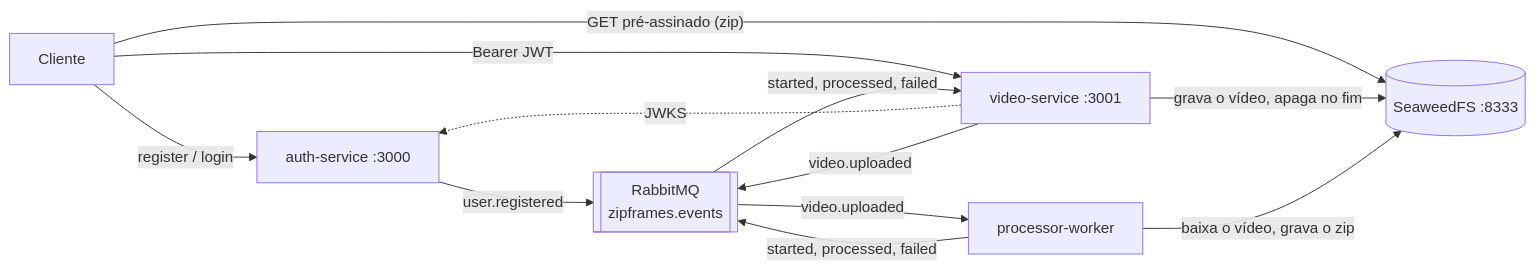
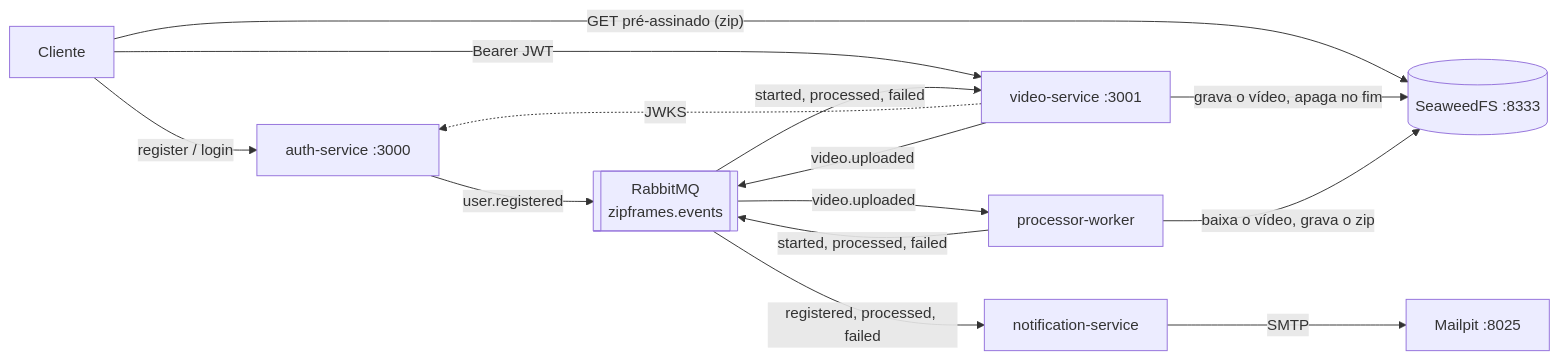
Before and after one commit to knzt/zipframes: the diagram in README.md, drawn with Mermaid. The commit also changed other lines of this file and 9 other files, not shown here.

Commit message:
docs: describe notification-service and outcome emails

````diff
--- a/README.md
+++ b/README.md
@@ -33,21 +34,25 @@
 ```mermaid
 flowchart LR
   client[Cliente]
   auth[auth-service :3000]
   video[video-service :3001]
   worker[processor-worker]
+  notif[notification-service]
   storage[(SeaweedFS :8333)]
   broker[[RabbitMQ<br/>zipframes.events]]
+  mail[Mailpit :8025]
 
   client -- "register / login" --> auth
   client -- "Bearer JWT" --> video
   video -. "JWKS" .-> auth
   client -- "GET pré-assinado (zip)" --> storage
   video -- "grava o vídeo, apaga no fim" --> storage
   video -- "video.uploaded" --> broker
   broker -- "video.uploaded" --> worker
   worker -- "baixa o vídeo, grava o zip" --> storage
   worker -- "started, processed, failed" --> broker
   broker -- "started, processed, failed" --> video
   auth -- "user.registered" --> broker
+  broker -- "registered, processed, failed" --> notif
+  notif -- "SMTP" --> mail
 ```
````
